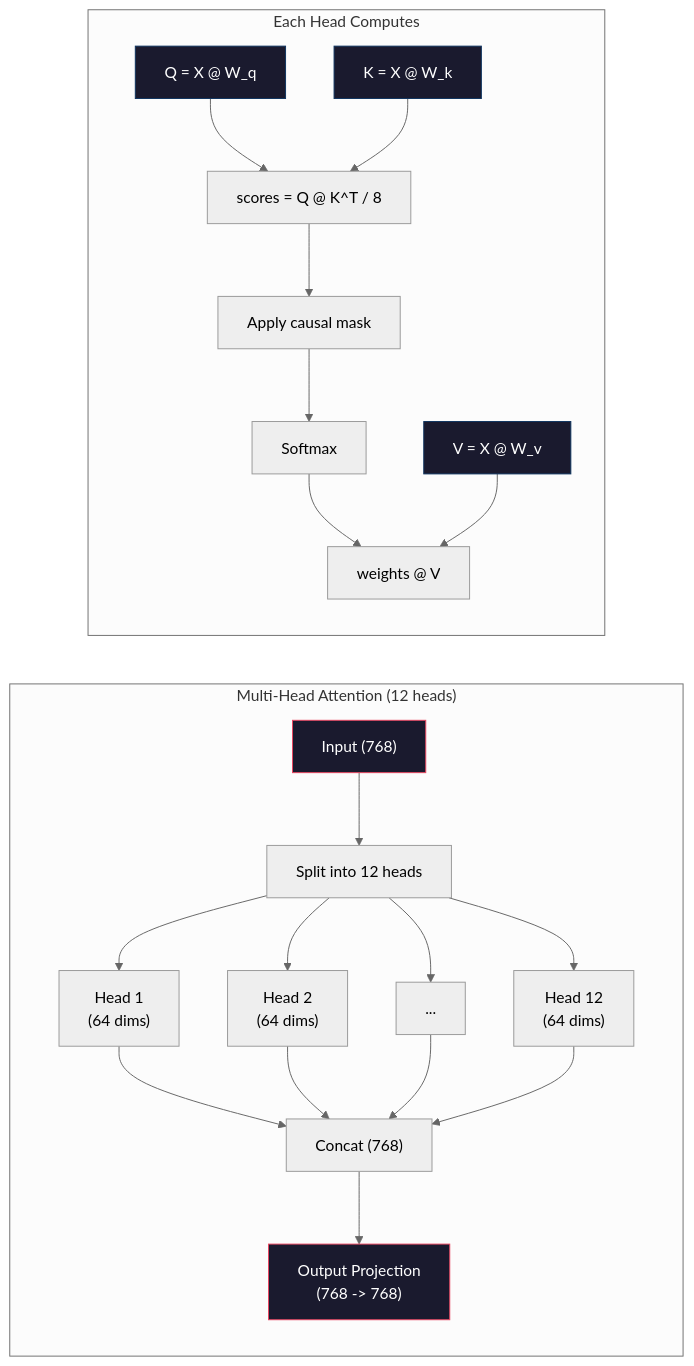
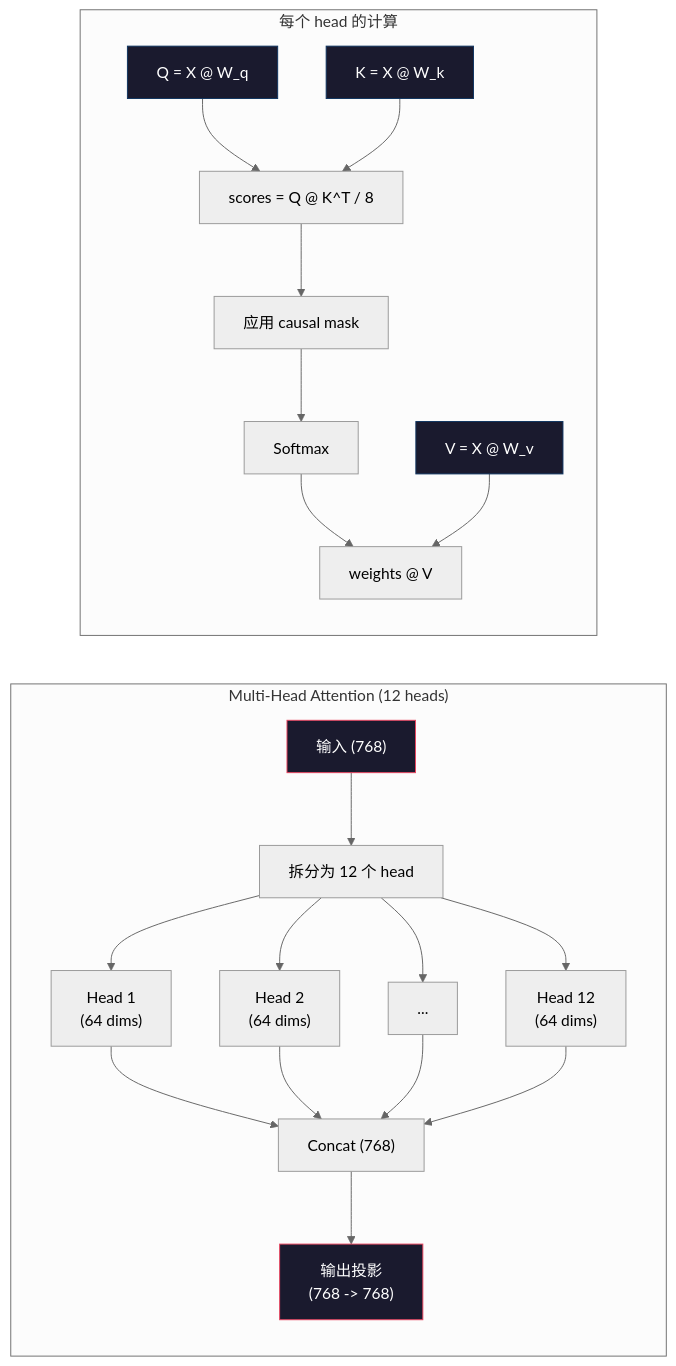
Before and after one commit to JerryC8080/ai-engineering-from-scratch-zh: the second of 3 diagrams in phases/10-llms-from-scratch/04-pre-training-mini-gpt/docs/zh.md, drawn with Mermaid (neutral theme). The commit also changed other lines of this file and 156 other files, not shown here.

First line of the commit message:
i18n(zh): translate mermaid diagram labels in 157 lesson zh.md

````diff
--- a/phases/10-llms-from-scratch/04-pre-training-mini-gpt/docs/zh.md
+++ b/phases/10-llms-from-scratch/04-pre-training-mini-gpt/docs/zh.md
@@ -113,32 +113,32 @@
 ```mermaid
 graph LR
     subgraph MultiHead["Multi-Head Attention (12 heads)"]
         direction TB
-        I["Input (768)"] --> S1["Split into 12 heads"]
+        I["输入 (768)"] --> S1["拆分为 12 个 head"]
         S1 --> H1["Head 1\n(64 dims)"]
         S1 --> H2["Head 2\n(64 dims)"]
         S1 --> H3["..."]
         S1 --> H12["Head 12\n(64 dims)"]
         H1 --> C["Concat (768)"]
         H2 --> C
         H3 --> C
         H12 --> C
-        C --> O["Output Projection\n(768 -> 768)"]
+        C --> O["输出投影\n(768 -> 768)"]
     end
 
-    subgraph SingleHead["Each Head Computes"]
+    subgraph SingleHead["每个 head 的计算"]
         direction TB
         Q["Q = X @ W_q"] --> A["scores = Q @ K^T / 8"]
         K["K = X @ W_k"] --> A
-        A --> M["Apply causal mask"]
+        A --> M["应用 causal mask"]
         M --> SM["Softmax"]
         SM --> MUL["weights @ V"]
         V["V = X @ W_v"] --> MUL
     end
 
     style I fill:#1a1a2e,stroke:#e94560,color:#fff
     style O fill:#1a1a2e,stroke:#e94560,color:#fff
     style Q fill:#1a1a2e,stroke:#0f3460,color:#fff
     style K fill:#1a1a2e,stroke:#0f3460,color:#fff
     style V fill:#1a1a2e,stroke:#0f3460,color:#fff
 ```
````
